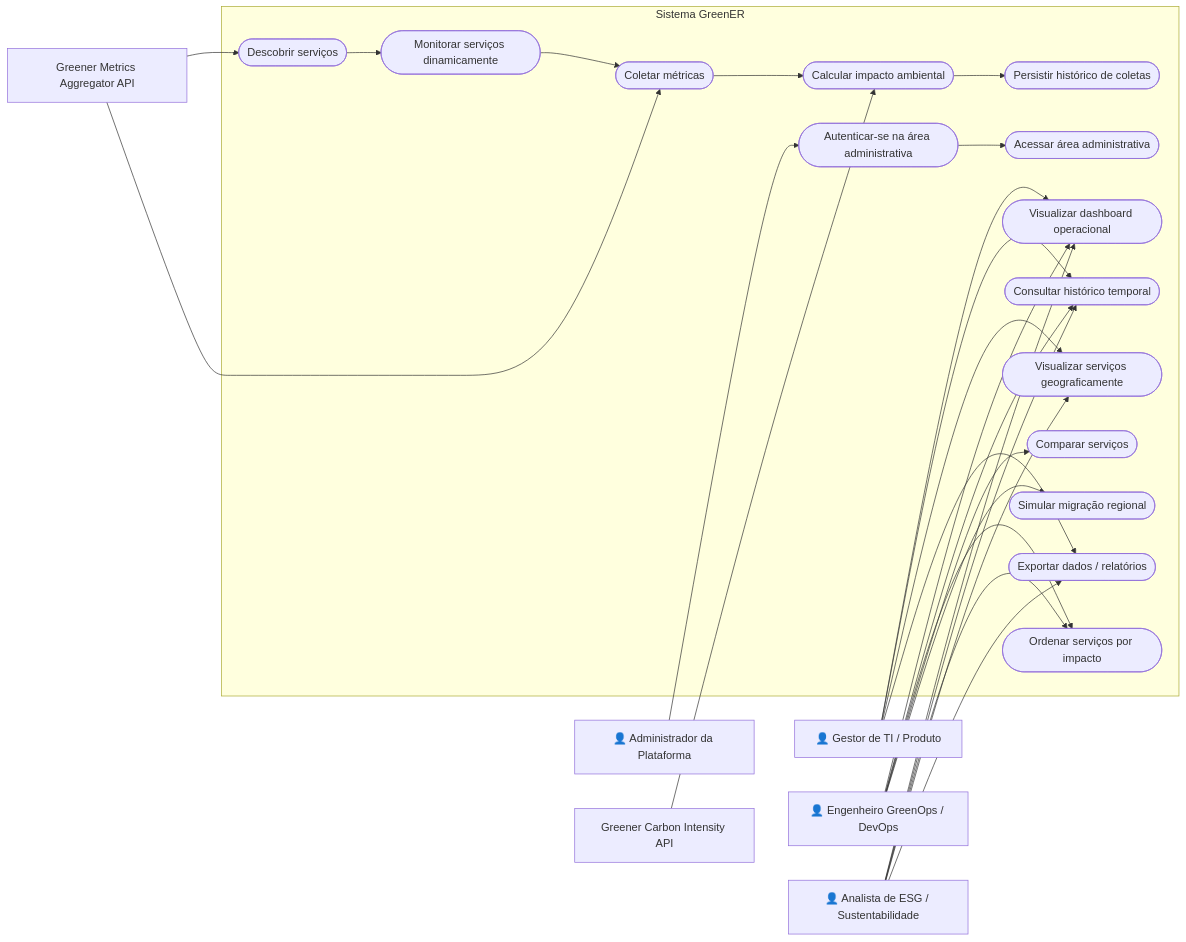
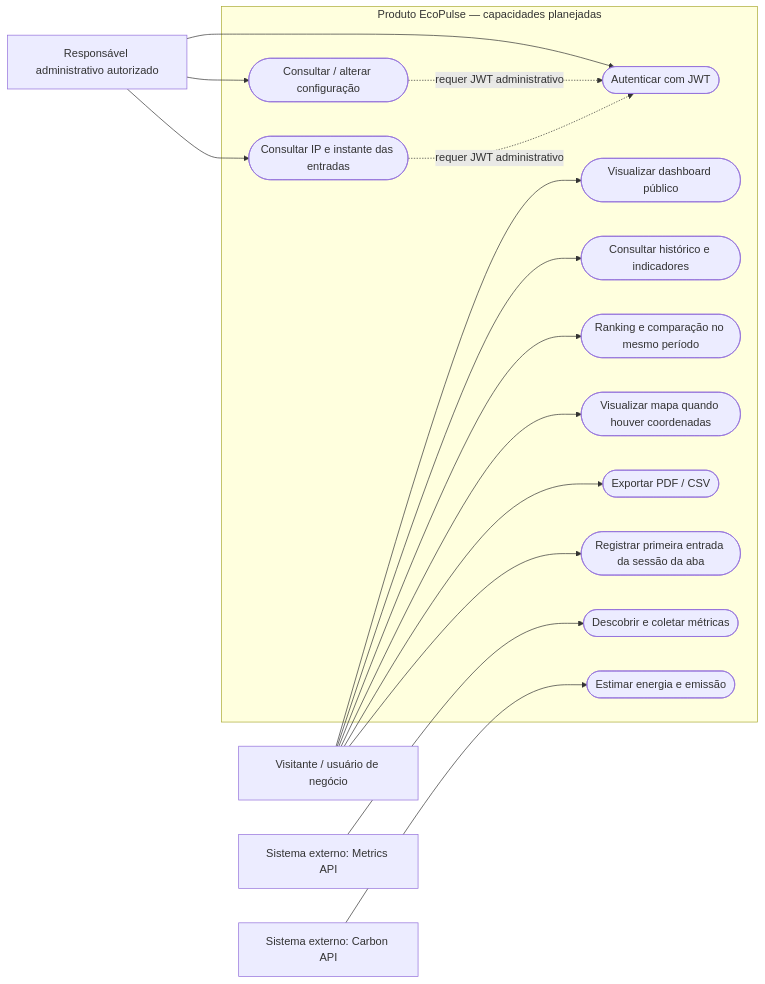
Before and after one commit to DEVassos/greener-app: the second of 5 diagrams in docs/arquitetura/modelagem-uml.md, drawn with Mermaid. The commit also changed other lines of this file and 11 other files, not shown here.

Commit message:
docs(docs): sincroniza UML, cálculos e verificações (#5) [RF10]

````diff
--- a/docs/arquitetura/modelagem-uml.md
+++ b/docs/arquitetura/modelagem-uml.md
@@ -69,55 +117,33 @@
 ```mermaid
 flowchart LR
-    Gestor["👤 Gestor de TI / Produto"]
-    GreenOps["👤 Engenheiro GreenOps / DevOps"]
-    ESG["👤 Analista de ESG / Sustentabilidade"]
-    Admin["👤 Administrador da Plataforma"]
-    Metrics["Greener Metrics Aggregator API"]
-    Carbon["Greener Carbon Intensity API"]
-
-    subgraph GreenER["Sistema GreenER"]
-        UC01(["Descobrir serviços"])
-        UC02(["Monitorar serviços dinamicamente"])
-        UC03(["Coletar métricas"])
-        UC04(["Calcular impacto ambiental"])
-        UC05(["Persistir histórico de coletas"])
-        UC06(["Visualizar dashboard operacional"])
-        UC07(["Consultar histórico temporal"])
-        UC08(["Ordenar serviços por impacto"])
-        UC09(["Visualizar serviços geograficamente"])
-        UC10(["Comparar serviços"])
-        UC11(["Simular migração regional"])
-        UC12(["Exportar dados / relatórios"])
-        UC13(["Autenticar-se na área administrativa"])
-        UC14(["Acessar área administrativa"])
+    Visitor["Visitante / usuário de negócio"]
+    Admin["Responsável administrativo autorizado"]
+    Metrics["Sistema externo: Metrics API"]
+    Carbon["Sistema externo: Carbon API"]
+    subgraph Product["Produto EcoPulse — capacidades planejadas"]
+        Dashboard(["Visualizar dashboard público"])
+        History(["Consultar histórico e indicadores"])
+        Analysis(["Ranking e comparação no mesmo período"])
+        Map(["Visualizar mapa quando houver coordenadas"])
+        Export(["Exportar PDF / CSV"])
+        Login(["Autenticar com JWT"])
+        Settings(["Consultar / alterar configuração"])
+        Entries(["Consultar IP e instante das entradas"])
+        Entry(["Registrar primeira entrada da sessão da aba"])
+        Discover(["Descobrir e coletar métricas"])
+        Calculate(["Estimar energia e emissão"])
     end
-
-    Metrics --> UC01
-    Metrics --> UC03
-    Carbon --> UC04
-
-    UC01 --> UC02
-    UC02 --> UC03
-    UC03 --> UC04
-    UC04 --> UC05
-
-    Gestor --> UC06
-    Gestor --> UC07
-    Gestor --> UC09
-    Gestor --> UC12
-
-    GreenOps --> UC06
-    GreenOps --> UC07
-    GreenOps --> UC08
-    GreenOps --> UC10
-    GreenOps --> UC11
-
-    ESG --> UC06
-    ESG --> UC07
-    ESG --> UC08
-    ESG --> UC09
-    ESG --> UC12
-
-    Admin --> UC13
-    UC13 --> UC14
+    Visitor --> Dashboard
+    Visitor --> History
+    Visitor --> Analysis
+    Visitor --> Map
+    Visitor --> Export
+    Visitor --> Entry
+    Admin --> Login
+    Admin --> Settings
+    Admin --> Entries
+    Settings -. "requer JWT administrativo" .-> Login
+    Entries -. "requer JWT administrativo" .-> Login
+    Metrics --> Discover
+    Carbon --> Calculate
 ```
````
